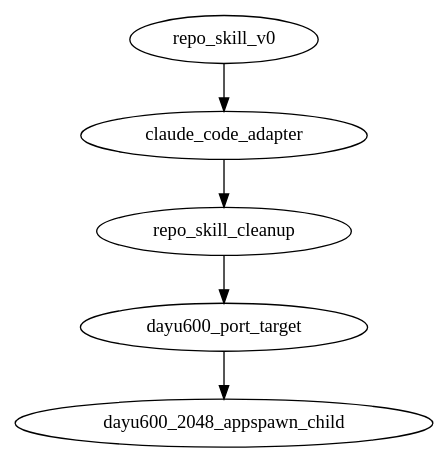
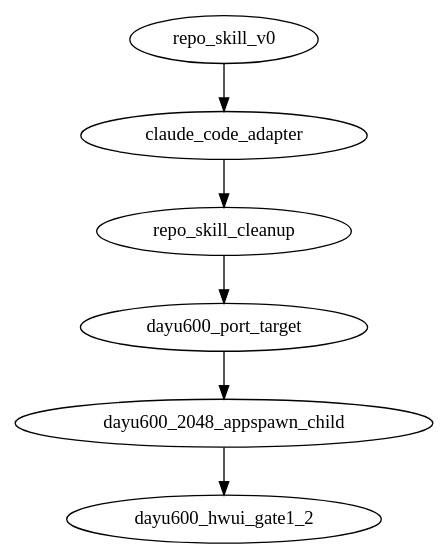
The diagram in REPO_HISTORY.dot (BH3GEI/westlake-piercing), drawn with Graphviz before and after one commit. The commit also changed 358 other files, not shown here.

First line of the commit message:
DAYU600: build libhwui.so from AOSP15 + prove hwui renders on the panel

```diff
--- a/REPO_HISTORY.dot
+++ b/REPO_HISTORY.dot
@@ -1,68 +1,80 @@
 digraph westlake_repo_history {
   graph [
     format="repo-skill-history-v0",
     rule="each node records one agent-facing change; commit=self is allowed only for the node introduced by the current commit"
   ];
 
   repo_skill_v0 [
     commit="fb3661c",
     base_commit="b9ede74ac6a19e9e05e09800a4c8757b60ea48d5",
     actor="Yao/Codex",
     title="add repo skill v0",
     user_input="Fork westlake-piercing to BH3GEI and add a dynamic repo skill system with DOT pipeline, lock, history, and skill-local tools.",
     agent_action="Created REPO_SKILL.md, REPO_PIPELINE.dot, REPO_LOCK.toml, REPO_HISTORY.dot, .repo-skill/SKILL.md, runner code, checks, and turn notes.",
     code_delta="No runtime adapter behavior changed; added collaboration and reproducibility metadata plus a local DOT runner.",
     verify="static runner checks; full replay requires DAYU200 and artifact baseline",
     note=".repo-skill/turns/2026-06-30-repo-skill-v0.md"
   ];
 
   claude_code_adapter [
     commit="6113f4b",
     base_commit="fb3661c",
     actor="Yao/Codex",
     title="add Claude Code skill adapter",
     user_input="Add the Claude Code layer so Claude can discover the repo skill without duplicating the main rules.",
     agent_action="Created .claude/skills/westlake-repo/SKILL.md and linked REPO_SKILL.md as the single source of truth.",
     code_delta="No runtime adapter behavior changed; added Claude Code discovery metadata and updated repo skill history.",
     verify="static file checks; full replay still requires DAYU200, hdc, and external artifacts",
     note=".repo-skill/turns/2026-06-30-claude-code-adapter.md"
   ];
 
   repo_skill_cleanup [
     commit="f926081",
     base_commit="6113f4b",
     actor="Yao/Codex",
     title="clean up repo skill metadata",
     user_input="Inspect BH3GEI/westlake-piercing, especially its built-in repo skill.",
     agent_action="Added Codex frontmatter to .repo-skill/SKILL.md, rewrote mojibake Claude adapter and turn note, improved missing-command/9009 reporting, and recorded this cleanup turn.",
     code_delta="No runtime adapter behavior changed; cleaned repository skill metadata, agent-facing history, and runner diagnostics.",
     verify="static skill checks; repo-local check flow fails honestly on this Windows host before hardware/artifact verification",
     note=".repo-skill/turns/2026-07-01-repo-skill-cleanup.md"
   ];
 
   dayu600_port_target [
     commit="pending",
     base_commit="f926081",
     actor="Yao/Codex",
     title="declare DAYU600 as active port target",
     user_input="Clarify that westlake-piercing must be reproduced on the current DAYU600/uis7885 board, not only on DAYU200/RK3568.",
     agent_action="Updated repo skill, lock, pipeline, and docs for a DAYU600 port track; added a non-mutating dayu600-audit flow, live HDC audit checks, stock baseline hash inventory, and build-gap tracker.",
     code_delta="No runtime adapter behavior changed; added DAYU600 port metadata, docs, audit helpers, local stock baseline hash records, and source/build gap documentation.",
     verify="ran dayu600-audit over HDC; confirmed uis7885 arm64-v8a OpenHarmony 6.1.0.31, stock 64-bit appspawn, no appspawn-x, no /system/android substrate, and pulled stock appspawn/config/lib hashes",
     note=".repo-skill/turns/2026-07-01-dayu600-port-target.md"
   ];
 
   dayu600_2048_appspawn_child [
     commit="self",
     base_commit="pending",
     actor="Yao/Codex",
     title="run real 2048 APK inside DAYU600 app child",
     user_input="Run the attached 2048 APK on the OpenHarmony DAYU600 board using the A2OH/westlake-piercing port, not a rewritten clone.",
     agent_action="Added DAYU600 APK/framework/AppSpawnX fixtures, patched the aarch64 ART runtime for the standalone String.valueOf(int)/Integer.toString(int) path, added the embedded no-exit AppSpawnX path, deployed the probe runtime under /data/local/tmp, and joined aa start to a temporary AppSpawnX app-child route without replacing stock appspawn.",
     code_delta="Added reproducible DAYU600 2048 probe scripts and repo-skill flow entries; no /system binary replacement and no legacy 32-bit DAYU200 artifacts deployed.",
     verify="real com.digiplex.game.MainActivity.onCreate, privateR, gameStateJson, and gameMoveJson return RC:0 under standalone ART; temporary AppSpawnX app-child route runs embedded ART and onCreateNullTrace RC:0 inside m.digiplex.game while OHOS reaches AbilityTransitionDone",
     note=".repo-skill/turns/2026-07-02-dayu600-2048-appspawn-child.md"
   ];
 
-  repo_skill_v0 -> claude_code_adapter -> repo_skill_cleanup -> dayu600_port_target -> dayu600_2048_appspawn_child;
+  dayu600_hwui_gate1_2 [
+    commit="self",
+    base_commit="pending",
+    actor="Yao/Claude",
+    title="build libhwui.so + prove hwui renders on the DAYU600 panel",
+    user_input="Drive the DAYU600 port toward running an Android game visibly on the board; build the real Android graphics stack and prove it renders.",
+    agent_action="Built libhwui.so from AOSP 15 for aarch64-linux-ohos against the board's m133 Skia (gate 1); wrote a native RenderProxy harness + 5 interposer/shim TUs that make hwui's own pipeline render on the panel (gate 2, snapshot-verified); bisected gate 3 to a register_android_graphics_classes lifecycle-timeout in the embedded-ART child.",
+    code_delta="Added the DAYU600 hwui build chain (scripts/, support-src/, include stubs), the gfx-smoke/ harness + interposers (fake libandroid, ANativeWindow shim, EGL + Skia interposers), and DAYU600-HWUI-BRINGUP.md; no /system writes; large outputs gitignored.",
+    verify="gate 1: libhwui.so ELF64/AArch64 with full register_android_graphics_* exports; gate 2: on-device snapshot shows hwui-drawn green bg + red rect at exact recorded coords; gate 3: on-device A/B bisection + sysfreeze LIFECYCLE_TIMEOUT faultlog",
+    note=".repo-skill/turns/2026-07-04-dayu600-hwui-gate1-2.md"
+  ];
+
+  repo_skill_v0 -> claude_code_adapter -> repo_skill_cleanup -> dayu600_port_target -> dayu600_2048_appspawn_child -> dayu600_hwui_gate1_2;
 }
```
